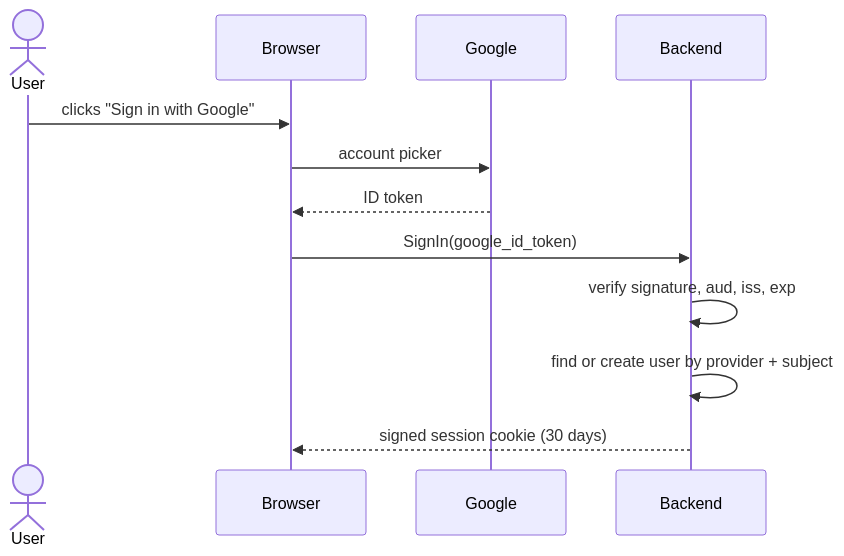
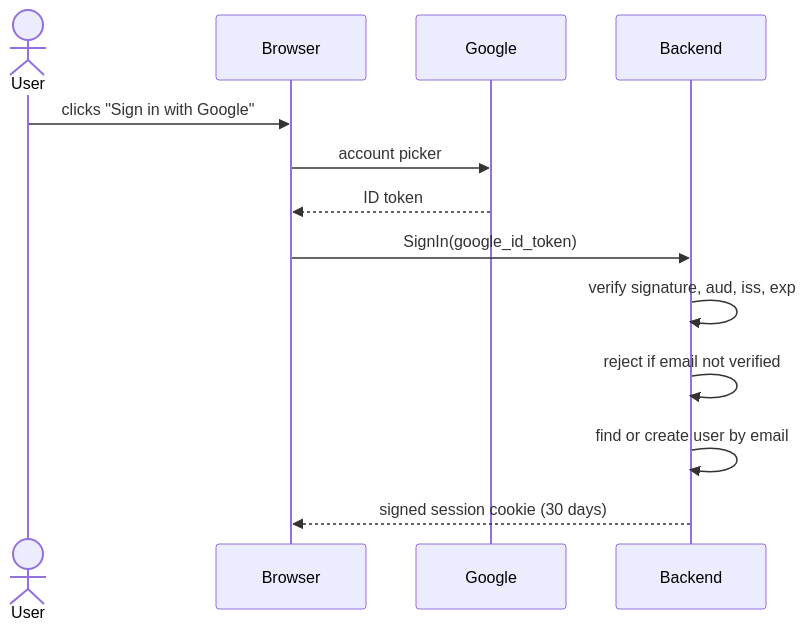
One commit to SaumyaKarnwal/focus-ledger changed the third of 3 diagrams in docs/architecture.md. Above: the diagram before and after it, drawn with Mermaid. The commit also changed 3 other files, not shown here.

First line of the commit message:
docs: identify users by verified email, one account per email

````diff
--- a/docs/architecture.md
+++ b/docs/architecture.md
@@ -82,14 +82,15 @@
 ```mermaid
 sequenceDiagram
     actor U as User
     participant B as Browser
     participant G as Google
     participant S as Backend
     U->>B: clicks "Sign in with Google"
     B->>G: account picker
     G-->>B: ID token
     B->>S: SignIn(google_id_token)
     S->>S: verify signature, aud, iss, exp
-    S->>S: find or create user by provider + subject
+    S->>S: reject if email not verified
+    S->>S: find or create user by email
     S-->>B: signed session cookie (30 days)
 ```
````
